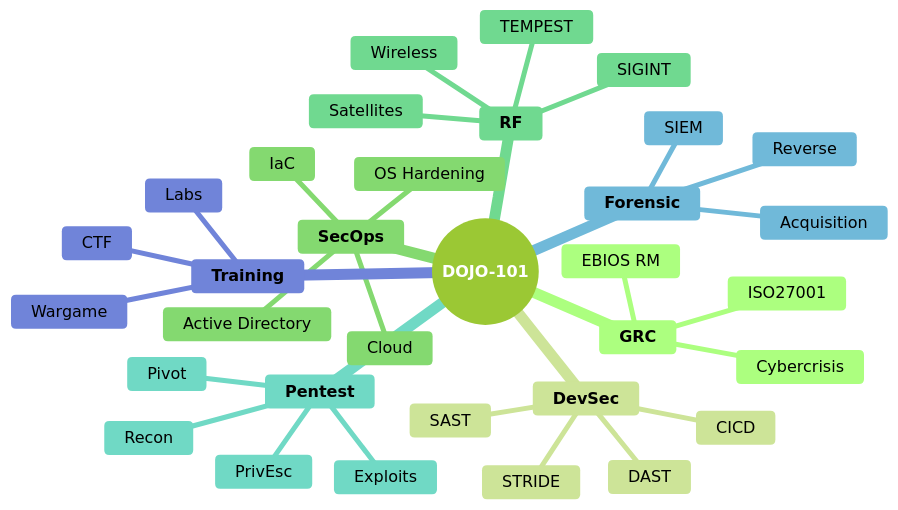
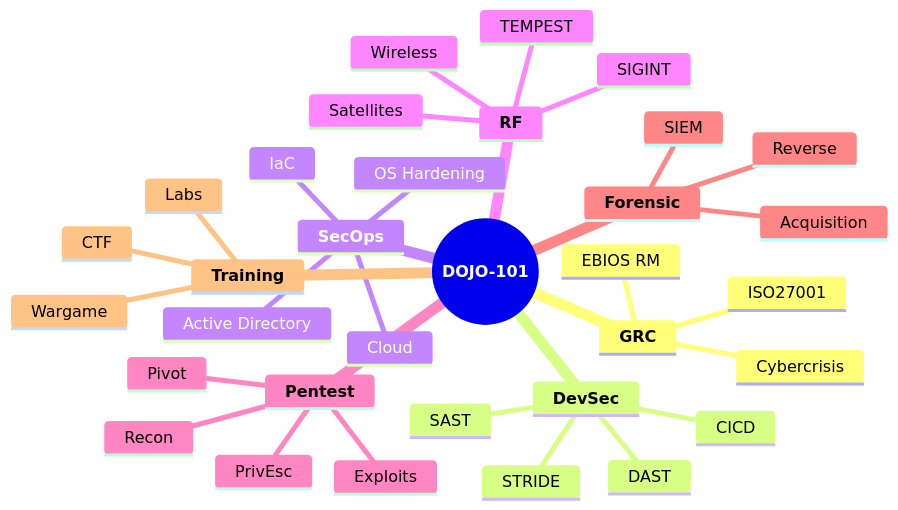
The diagram in README.md (Aif4thah/Dojo-101), drawn with Mermaid before and after one commit. The commit also changed 2 other files, not shown here.

Commit message:
revue pages

````diff
--- a/README.md
+++ b/README.md
@@ -57,44 +57,43 @@
 ```mermaid
-%%{ init: { "theme": "forest" } }%%
 mindmap
   root((**DOJO-101**))
 
     **GRC**
       ISO27001
       EBIOS RM
       Cybercrisis
 
     **DevSec**
       SAST
       DAST
       STRIDE
       CICD
 
     **SecOps**
       OS Hardening
       Active Directory
       IaC
       Cloud
 
     **RF**
       TEMPEST
       SIGINT
       Wireless
       Satellites
 
     **Pentest**
       Recon
       Exploits
       PrivEsc
       Pivot
 
     **Forensic**
       Acquisition
       Reverse
       SIEM
 
     **Training**
       Labs
       Wargame
       CTF
 ```
````
